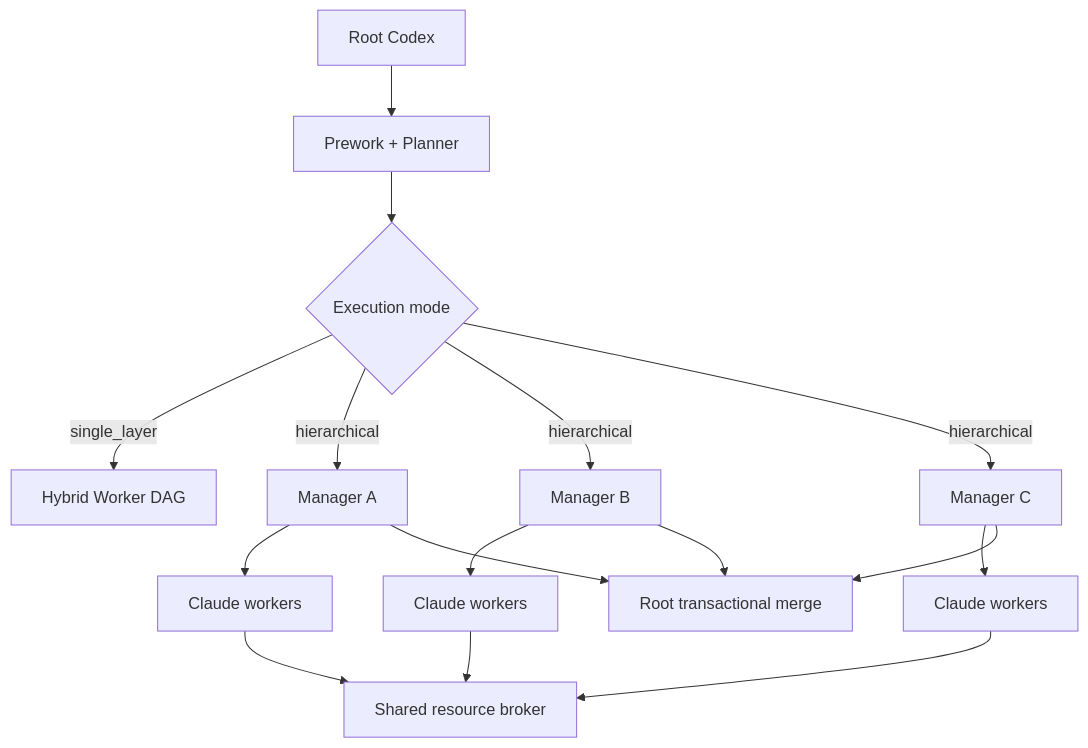
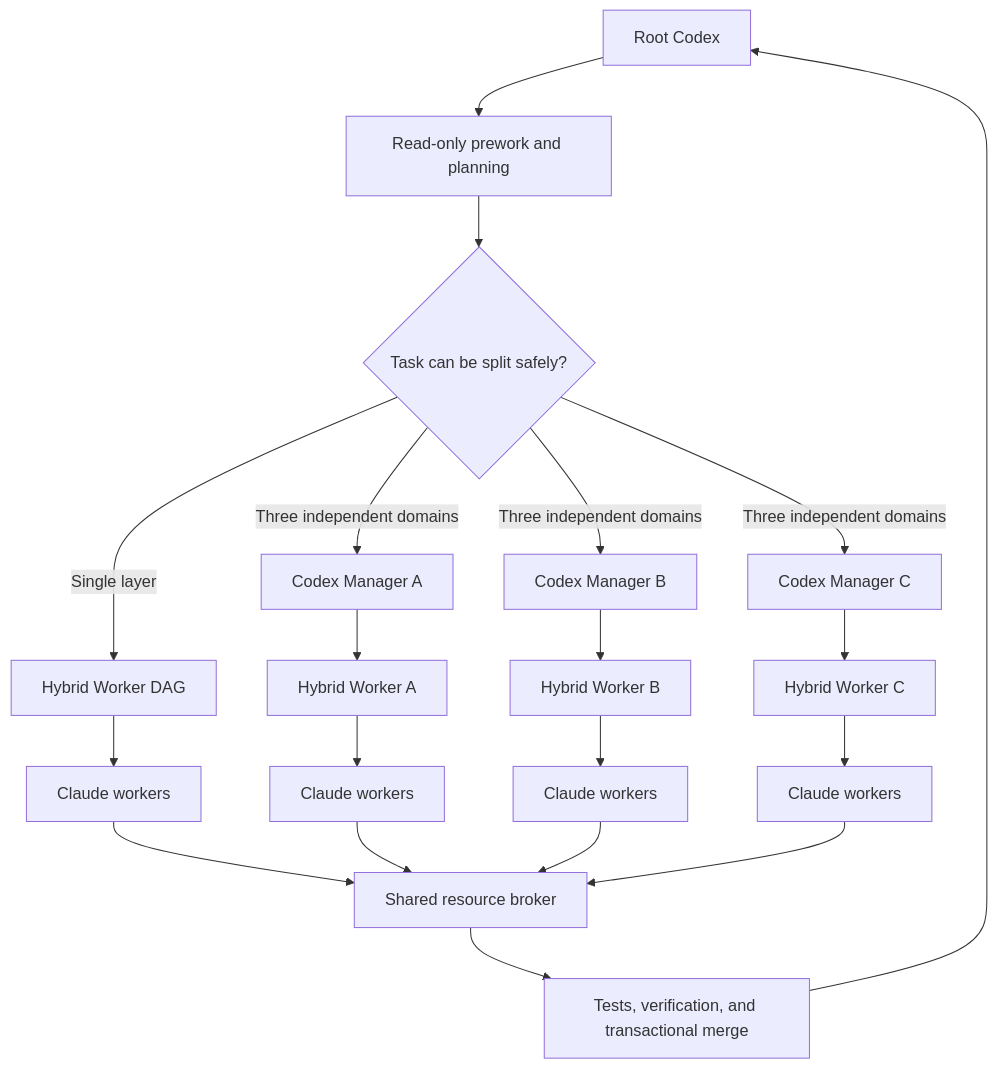
The diagram in README.md (LeeJc02/Hybrid-Worker), drawn with Mermaid before and after one commit. The commit also changed other lines of this file and 1 other file, not shown here.

````diff
--- a/README.md
+++ b/README.md
@@ -21,18 +16,22 @@
 ```mermaid
 flowchart TD
-    R[Root Codex] --> P[Prework + Planner]
-    P --> D{Execution mode}
-    D -->|single_layer| S[Hybrid Worker DAG]
-    D -->|hierarchical| A[Manager A]
-    D -->|hierarchical| B[Manager B]
-    D -->|hierarchical| C[Manager C]
-    A --> WA[Claude workers]
-    B --> WB[Claude workers]
-    C --> WC[Claude workers]
-    WA --> G[Shared resource broker]
+    R[Root Codex] --> P[Read-only prework and planning]
+    P --> D{Task can be split safely?}
+    D -->|Single layer| H[Hybrid Worker DAG]
+    D -->|Three independent domains| A[Codex Manager A]
+    D -->|Three independent domains| B[Codex Manager B]
+    D -->|Three independent domains| C[Codex Manager C]
+    A --> HA[Hybrid Worker A]
+    B --> HB[Hybrid Worker B]
+    C --> HC[Hybrid Worker C]
+    H --> W[Claude workers]
+    HA --> WA[Claude workers]
+    HB --> WB[Claude workers]
+    HC --> WC[Claude workers]
+    W --> G[Shared resource broker]
+    WA --> G
     WB --> G
     WC --> G
-    A --> M[Root transactional merge]
-    B --> M
-    C --> M
+    G --> V[Tests, verification, and transactional merge]
+    V --> R
 ```
````
